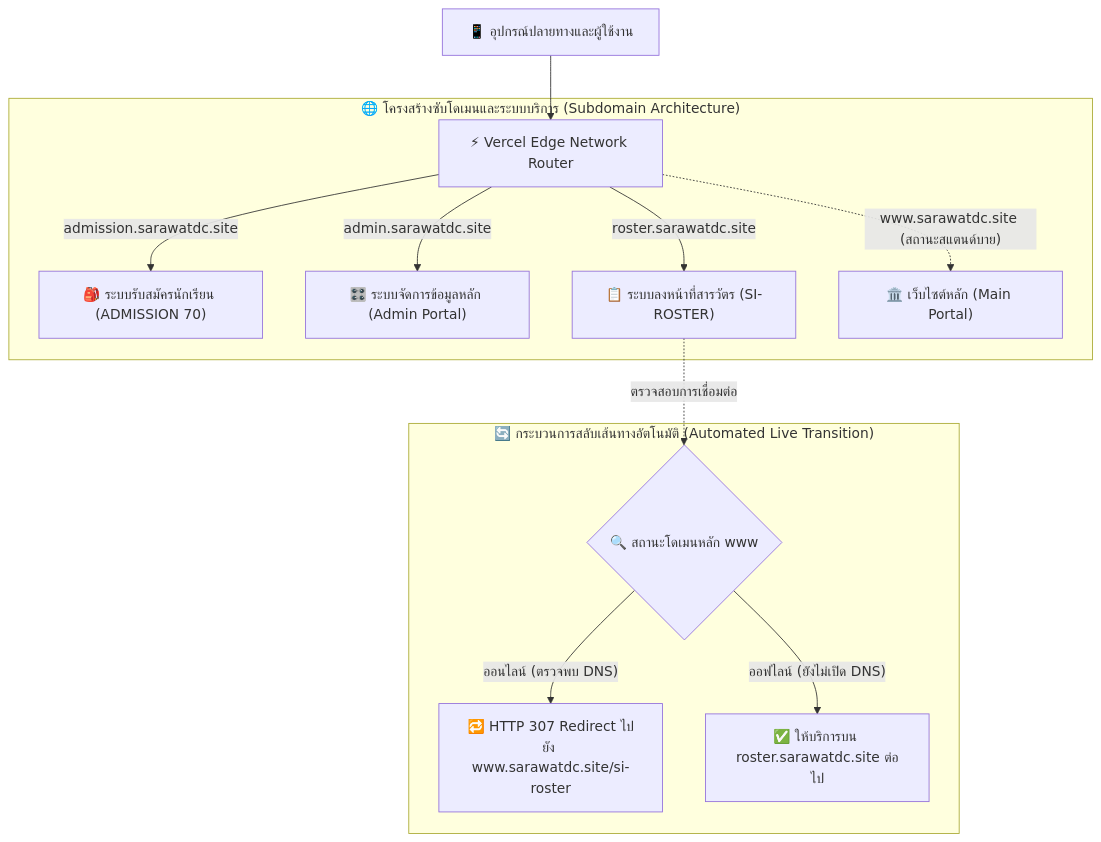
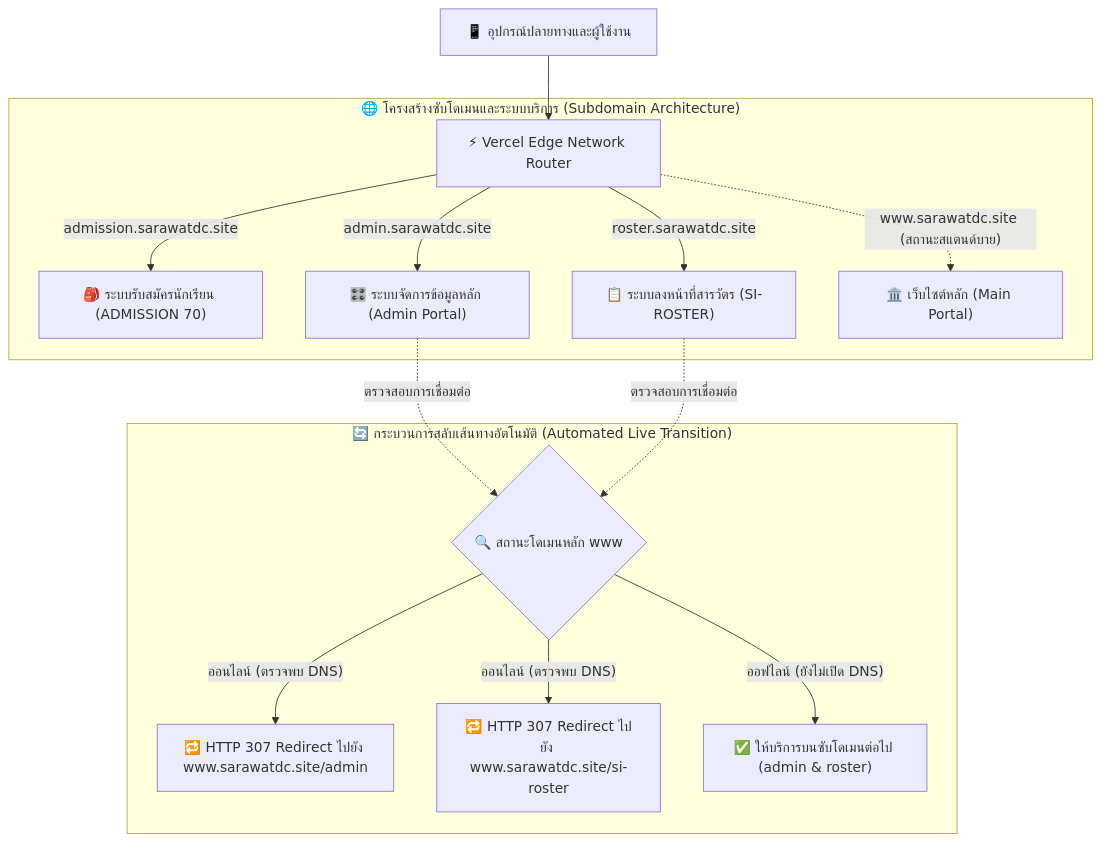
Before and after one commit to Pansamcth/sarawat-home: the diagram in README.md, drawn with Mermaid. The commit also changed other lines of this file and 3 other files, not shown here.

Commit message:
feat: implement automated live transition URL auto-switch for admin portal

````diff
--- a/README.md
+++ b/README.md
@@ -21,17 +21,19 @@
 ```mermaid
 flowchart TD
     Client["📱 อุปกรณ์ปลายทางและผู้ใช้งาน"] --> Edge["⚡ Vercel Edge Network Router"]
 
     subgraph Subdomains["🌐 โครงสร้างซับโดเมนและระบบบริการ (Subdomain Architecture)"]
         Edge -->|"admission.sarawatdc.site"| Adm["🎒 ระบบรับสมัครนักเรียน (ADMISSION 70)"]
         Edge -->|"admin.sarawatdc.site"| AdmPortal["🎛️ ระบบจัดการข้อมูลหลัก (Admin Portal)"]
         Edge -->|"roster.sarawatdc.site"| Roster["📋 ระบบลงหน้าที่สารวัตร (SI-ROSTER)"]
         Edge -.->|"www.sarawatdc.site (สถานะสแตนด์บาย)"| Main["🏛️ เว็บไซต์หลัก (Main Portal)"]
     end
 
     subgraph AutoSwitch["🔄 กระบวนการสลับเส้นทางอัตโนมัติ (Automated Live Transition)"]
-        Roster -.->|"ตรวจสอบการเชื่อมต่อ"| Ping{"🔍 สถานะโดเมนหลัก www"}
-        Ping -->|"ออนไลน์ (ตรวจพบ DNS)"| Redirect["🔁 HTTP 307 Redirect ไปยัง www.sarawatdc.site/si-roster"]
-        Ping -->|"ออฟไลน์ (ยังไม่เปิด DNS)"| Standalone["✅ ให้บริการบน roster.sarawatdc.site ต่อไป"]
+        AdmPortal -.->|"ตรวจสอบการเชื่อมต่อ"| Ping{"🔍 สถานะโดเมนหลัก www"}
+        Roster -.->|"ตรวจสอบการเชื่อมต่อ"| Ping
+        Ping -->|"ออนไลน์ (ตรวจพบ DNS)"| RedirectAdmin["🔁 HTTP 307 Redirect ไปยัง www.sarawatdc.site/admin"]
+        Ping -->|"ออนไลน์ (ตรวจพบ DNS)"| RedirectRoster["🔁 HTTP 307 Redirect ไปยัง www.sarawatdc.site/si-roster"]
+        Ping -->|"ออฟไลน์ (ยังไม่เปิด DNS)"| Standalone["✅ ให้บริการบนซับโดเมนต่อไป (admin & roster)"]
     end
 ```
````
